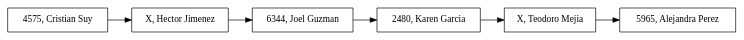
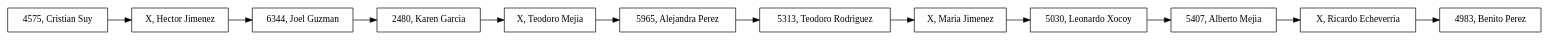
The diagram in Fase1/graficas/ColaClientes.dot (jdfuentes12/EDD_VJ1S2023_PY_202001228), drawn with Graphviz before and after one commit. The commit also changed 153 other files, not shown here.

```diff
--- a/Fase1/graficas/ColaClientes.dot
+++ b/Fase1/graficas/ColaClientes.dot
@@ -1,15 +1,27 @@
 digraph ListaClientes {
 node [shape=record, height = 0.5];
 rankdir = LR;
 0[label = "4575, Cristian Suy"];
 1[label = "X, Hector Jimenez"];
 2[label = "6344, Joel Guzman"];
 3[label = "2480, Karen Garcia"];
 4[label = "X, Teodoro Mejia"];
 5[label = "5965, Alejandra Perez"];
+6[label = "5313, Teodoro Rodriguez"];
+7[label = "X, Maria Jimenez"];
+8[label = "5030, Leonardo Xocoy"];
+9[label = "5407, Alberto Mejia"];
+10[label = "X, Ricardo Echeverria"];
+11[label = "4983, Benito Perez"];
 0->1;
 1->2;
 2->3;
 3->4;
 4->5;
+5->6;
+6->7;
+7->8;
+8->9;
+9->10;
+10->11;
 }
```
